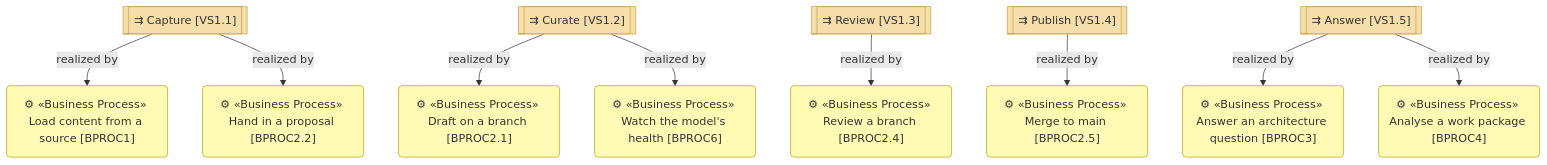
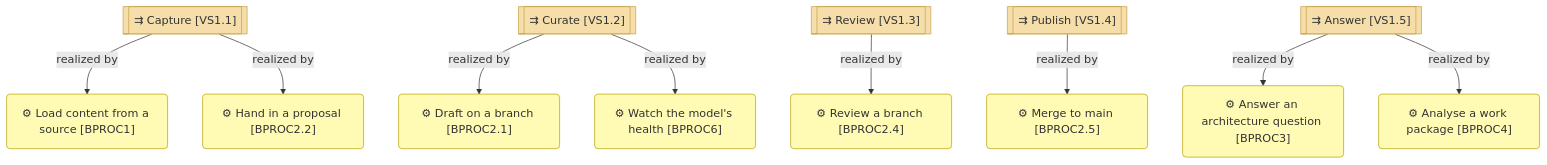
Before and after one commit to bocanegratqut/dbx-enterprise-architecture: the fourth of 4 diagrams in architecture/1_strategy/2_value-stream.md, drawn with Mermaid. The commit also changed other lines of this file and 25 other files, not shown here.

````diff
--- a/architecture/1_strategy/2_value-stream.md
+++ b/architecture/1_strategy/2_value-stream.md
@@ -26,27 +77,27 @@
 ```mermaid
 flowchart TB
   s1[["⇉ Capture [VS1.1]"]]:::strategy
   s2[["⇉ Curate [VS1.2]"]]:::strategy
   s3[["⇉ Review [VS1.3]"]]:::strategy
   s4[["⇉ Publish [VS1.4]"]]:::strategy
   s5[["⇉ Answer [VS1.5]"]]:::strategy
-  p1("⚙ «Business Process» Load content from a source [BPROC1]"):::business
-  p22("⚙ «Business Process» Hand in a proposal [BPROC2.2]"):::business
-  p21("⚙ «Business Process» Draft on a branch [BPROC2.1]"):::business
-  p6("⚙ «Business Process» Watch the model's health [BPROC6]"):::business
-  p24("⚙ «Business Process» Review a branch [BPROC2.4]"):::business
-  p25("⚙ «Business Process» Merge to main [BPROC2.5]"):::business
-  p3("⚙ «Business Process» Answer an architecture question [BPROC3]"):::business
-  p4("⚙ «Business Process» Analyse a work package [BPROC4]"):::business
+  p1("⚙ Load content from a source [BPROC1]"):::business
+  p22("⚙ Hand in a proposal [BPROC2.2]"):::business
+  p21("⚙ Draft on a branch [BPROC2.1]"):::business
+  p6("⚙ Watch the model's health [BPROC6]"):::business
+  p24("⚙ Review a branch [BPROC2.4]"):::business
+  p25("⚙ Merge to main [BPROC2.5]"):::business
+  p3("⚙ Answer an architecture question [BPROC3]"):::business
+  p4("⚙ Analyse a work package [BPROC4]"):::business
   s1 -->|realized by| p1
   s1 -->|realized by| p22
   s2 -->|realized by| p21
   s2 -->|realized by| p6
   s3 -->|realized by| p24
   s4 -->|realized by| p25
   s5 -->|realized by| p3
   s5 -->|realized by| p4
 
   classDef strategy fill:#f5deaa,stroke:#c8a24a,color:#333
   classDef business fill:#fffbb5,stroke:#b8a200,color:#333
 ```
````
